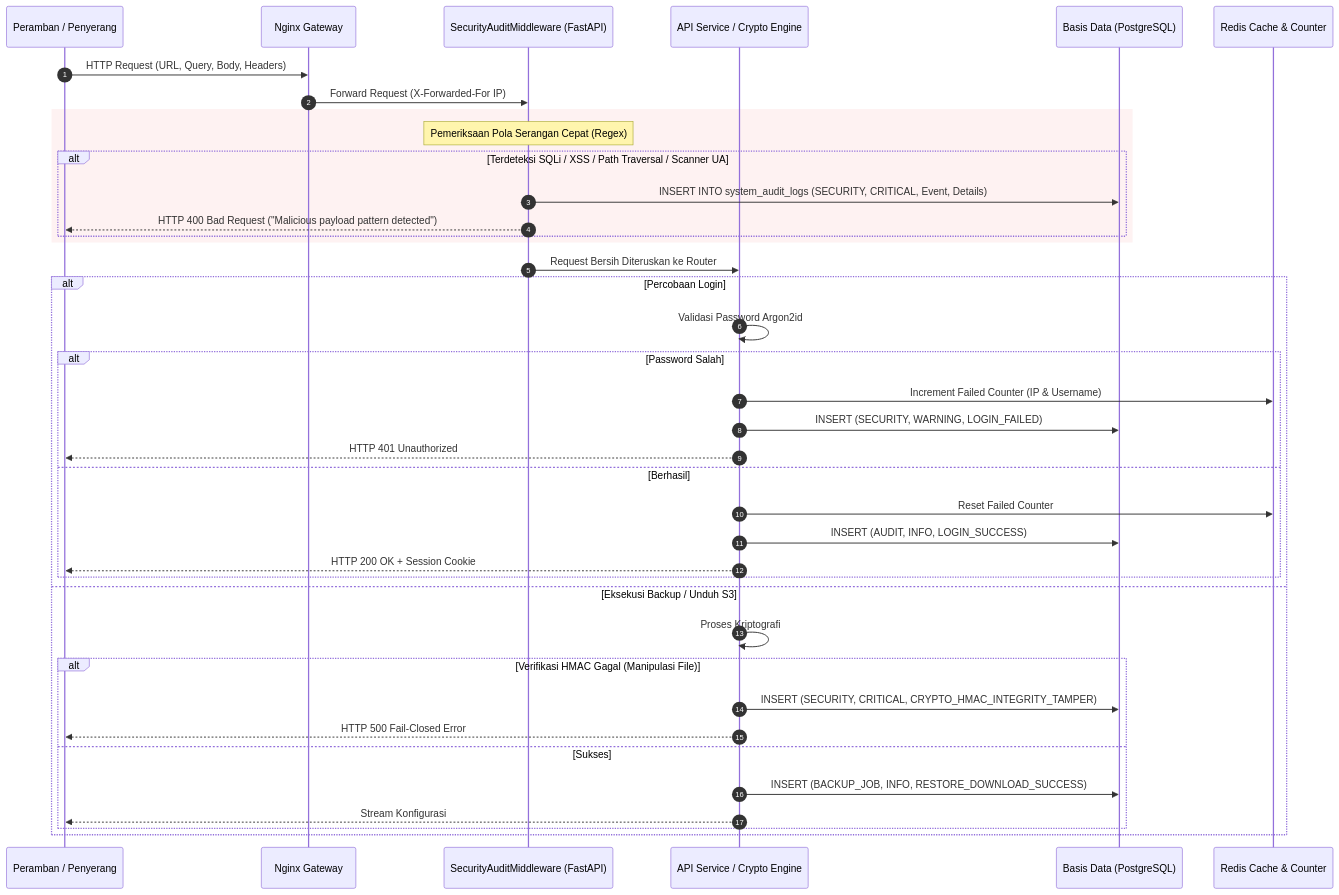
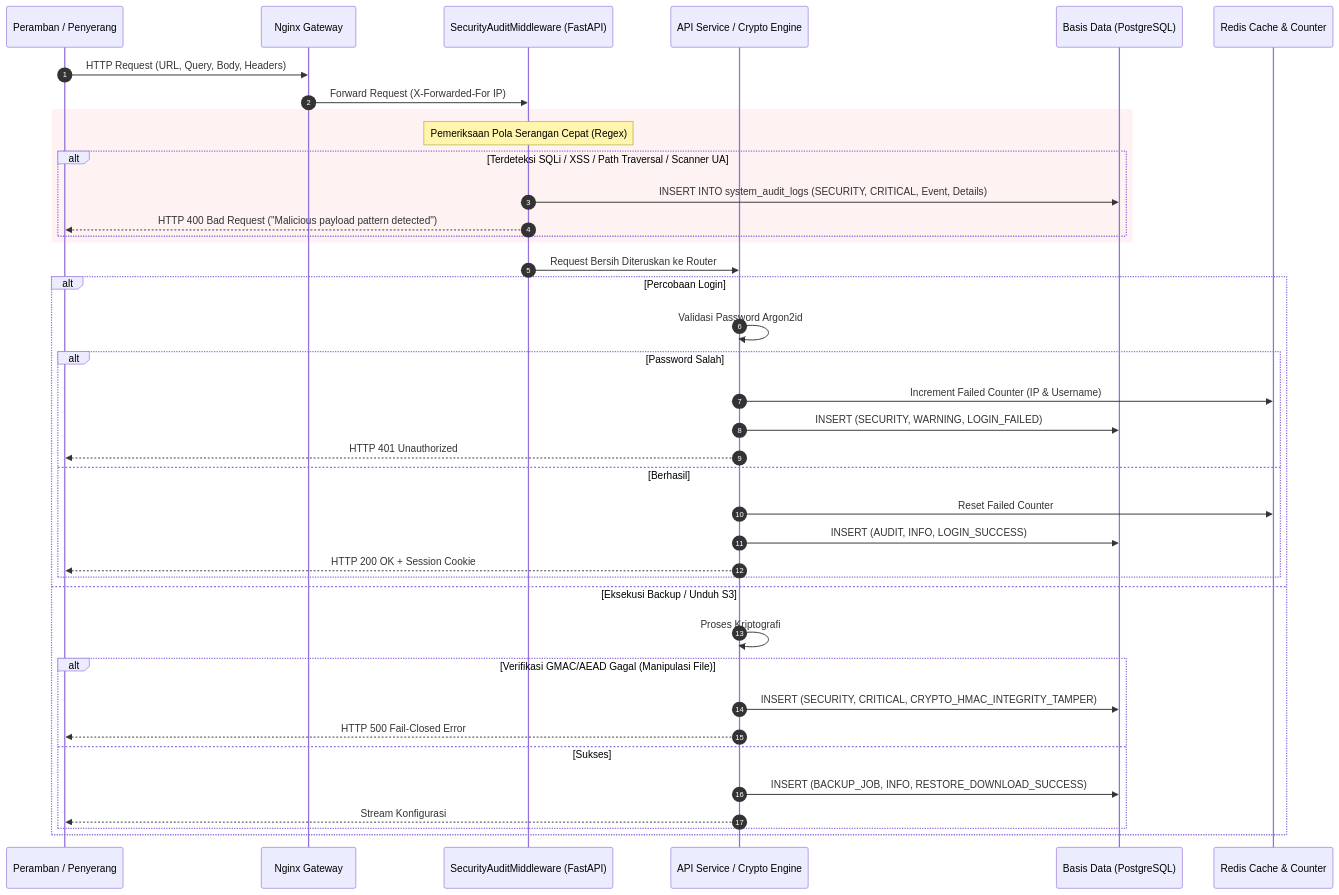
Before and after one commit to NugrohoAdySusanto/network-backup: the third of 3 diagrams in docs/MASTER-PLAN-LOG-MONITORING.md, drawn with Mermaid. The commit also changed other lines of this file and 15 other files, not shown here.

Commit message:
docs: update documentation and implementation checkpoints for AES-256-GCM encryption and database schema v2.0

````diff
--- a/docs/MASTER-PLAN-LOG-MONITORING.md
+++ b/docs/MASTER-PLAN-LOG-MONITORING.md
@@ -181,45 +181,45 @@
 ```mermaid
 sequenceDiagram
     autonumber
     participant Client as Peramban / Penyerang
     participant Nginx as Nginx Gateway
     participant Mid as SecurityAuditMiddleware (FastAPI)
     participant Core as API Service / Crypto Engine
     participant DB as Basis Data (PostgreSQL)
     participant Redis as Redis Cache & Counter
 
     Client->>Nginx: HTTP Request (URL, Query, Body, Headers)
     Nginx->>Mid: Forward Request (X-Forwarded-For IP)
     
     rect rgb(254, 242, 242)
         Note over Mid: Pemeriksaan Pola Serangan Cepat (Regex)
         alt Terdeteksi SQLi / XSS / Path Traversal / Scanner UA
             Mid->>DB: INSERT INTO system_audit_logs (SECURITY, CRITICAL, Event, Details)
             Mid-->>Client: HTTP 400 Bad Request ("Malicious payload pattern detected")
         end
     end
 
     Mid->>Core: Request Bersih Diteruskan ke Router
     
     alt Percobaan Login
         Core->>Core: Validasi Password Argon2id
         alt Password Salah
             Core->>Redis: Increment Failed Counter (IP & Username)
             Core->>DB: INSERT (SECURITY, WARNING, LOGIN_FAILED)
             Core-->>Client: HTTP 401 Unauthorized
         else Berhasil
             Core->>Redis: Reset Failed Counter
             Core->>DB: INSERT (AUDIT, INFO, LOGIN_SUCCESS)
             Core-->>Client: HTTP 200 OK + Session Cookie
         end
     else Eksekusi Backup / Unduh S3
         Core->>Core: Proses Kriptografi
-        alt Verifikasi HMAC Gagal (Manipulasi File)
+        alt Verifikasi GMAC/AEAD Gagal (Manipulasi File)
             Core->>DB: INSERT (SECURITY, CRITICAL, CRYPTO_HMAC_INTEGRITY_TAMPER)
             Core-->>Client: HTTP 500 Fail-Closed Error
         else Sukses
             Core->>DB: INSERT (BACKUP_JOB, INFO, RESTORE_DOWNLOAD_SUCCESS)
             Core-->>Client: Stream Konfigurasi
         end
     end
 ```
````
